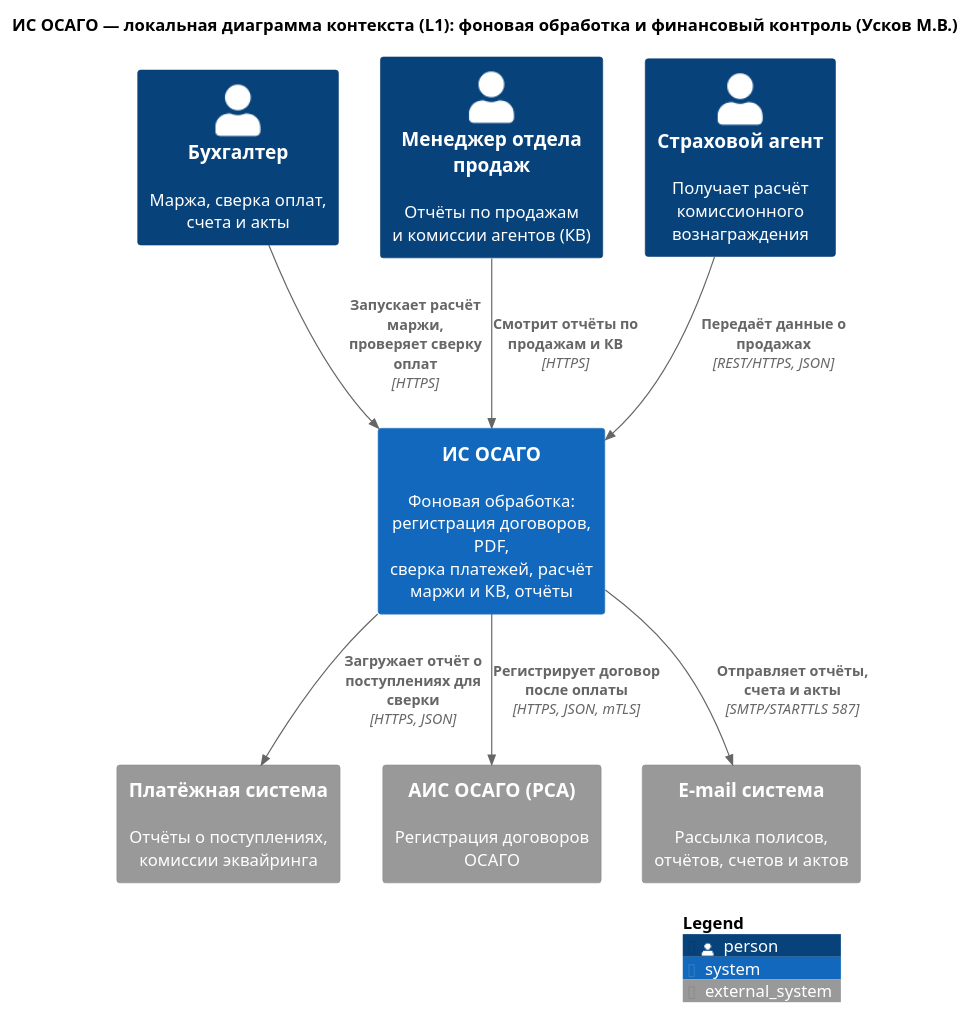
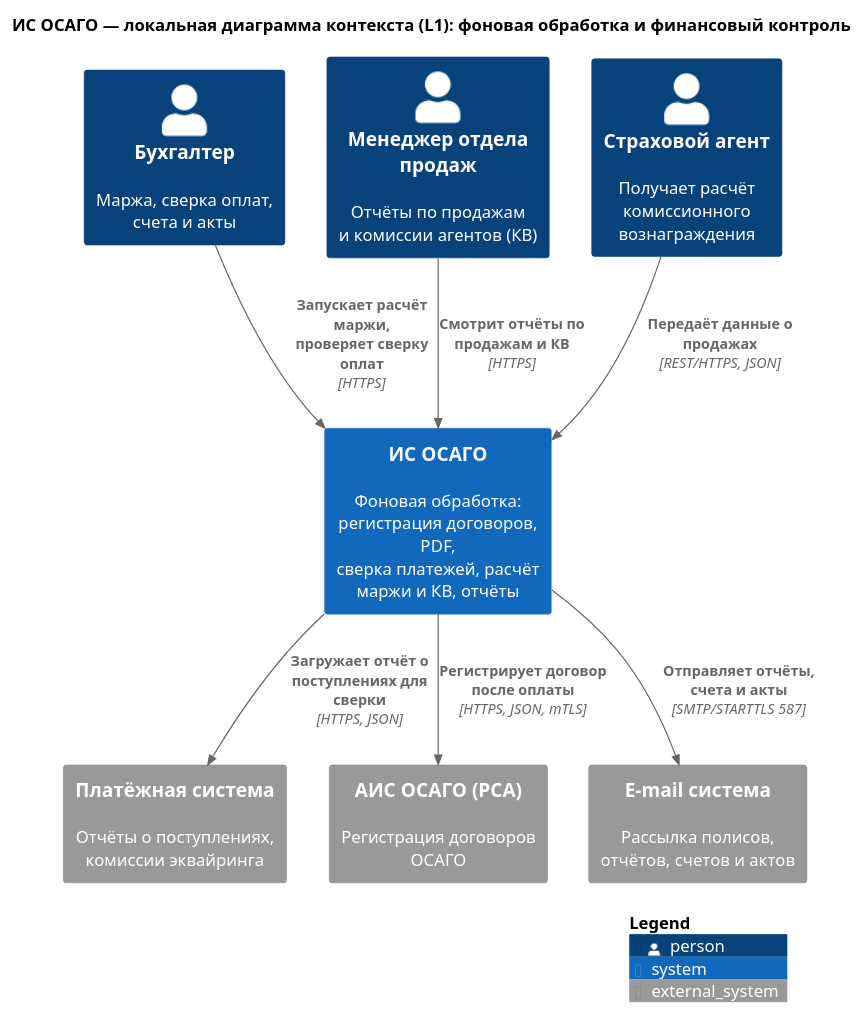
The diagram in architecture/src/uscov_worker/L1_context.puml (ElectricLight-ELO/Insurance-system), drawn with PlantUML before and after one commit.

```diff
--- a/architecture/src/uscov_worker/L1_context.puml
+++ b/architecture/src/uscov_worker/L1_context.puml
@@ -1,25 +1,25 @@
 @startuml
 !include ../core/C4_Context.puml
 
-title ИС ОСАГО — локальная диаграмма контекста (L1): фоновая обработка и финансовый контроль (Усков М.В.)
+title ИС ОСАГО — локальная диаграмма контекста (L1): фоновая обработка и финансовый контроль
 
 Person(accountant, "Бухгалтер", "Маржа, сверка оплат,\nсчета и акты", $tags="staff")
-Person(sales_manager, "Менеджер отдела продаж", "Отчёты по продажам\nи комиссии агентов (КВ)", $tags="staff")
+Person(manager, "Менеджер отдела продаж", "Отчёты по продажам\nи комиссии агентов (КВ)", $tags="staff")
 Person(agent, "Страховой агент", "Получает расчёт\nкомиссионного вознаграждения", $tags="staff")
 
 System(mod_finance, "ИС ОСАГО", "Фоновая обработка: регистрация договоров, PDF,\nсверка платежей, расчёт маржи и КВ, отчёты", $tags="target")
 
 System_Ext(payment_sys, "Платёжная система", "Отчёты о поступлениях,\nкомиссии эквайринга", $tags="ext")
 System_Ext(ais_osago, "АИС ОСАГО (РСА)", "Регистрация договоров ОСАГО", $tags="ext")
 System_Ext(email_sys, "E-mail система", "Рассылка полисов,\nотчётов, счетов и актов", $tags="ext")
 
 Rel(accountant, mod_finance, "Запускает расчёт маржи,\nпроверяет сверку оплат", "HTTPS")
-Rel(sales_manager, mod_finance, "Смотрит отчёты по продажам и КВ", "HTTPS")
+Rel(manager, mod_finance, "Смотрит отчёты по продажам и КВ", "HTTPS")
 Rel(agent, mod_finance, "Передаёт данные о продажах", "REST/HTTPS, JSON")
 
 Rel(mod_finance, payment_sys, "Загружает отчёт о поступлениях для сверки", "HTTPS, JSON", $tags="async")
 Rel(mod_finance, ais_osago, "Регистрирует договор после оплаты", "HTTPS, JSON, mTLS", $tags="async")
 Rel(mod_finance, email_sys, "Отправляет отчёты, счета и акты", "SMTP/STARTTLS 587", $tags="async")
 
 SHOW_LEGEND()
 @enduml
```
